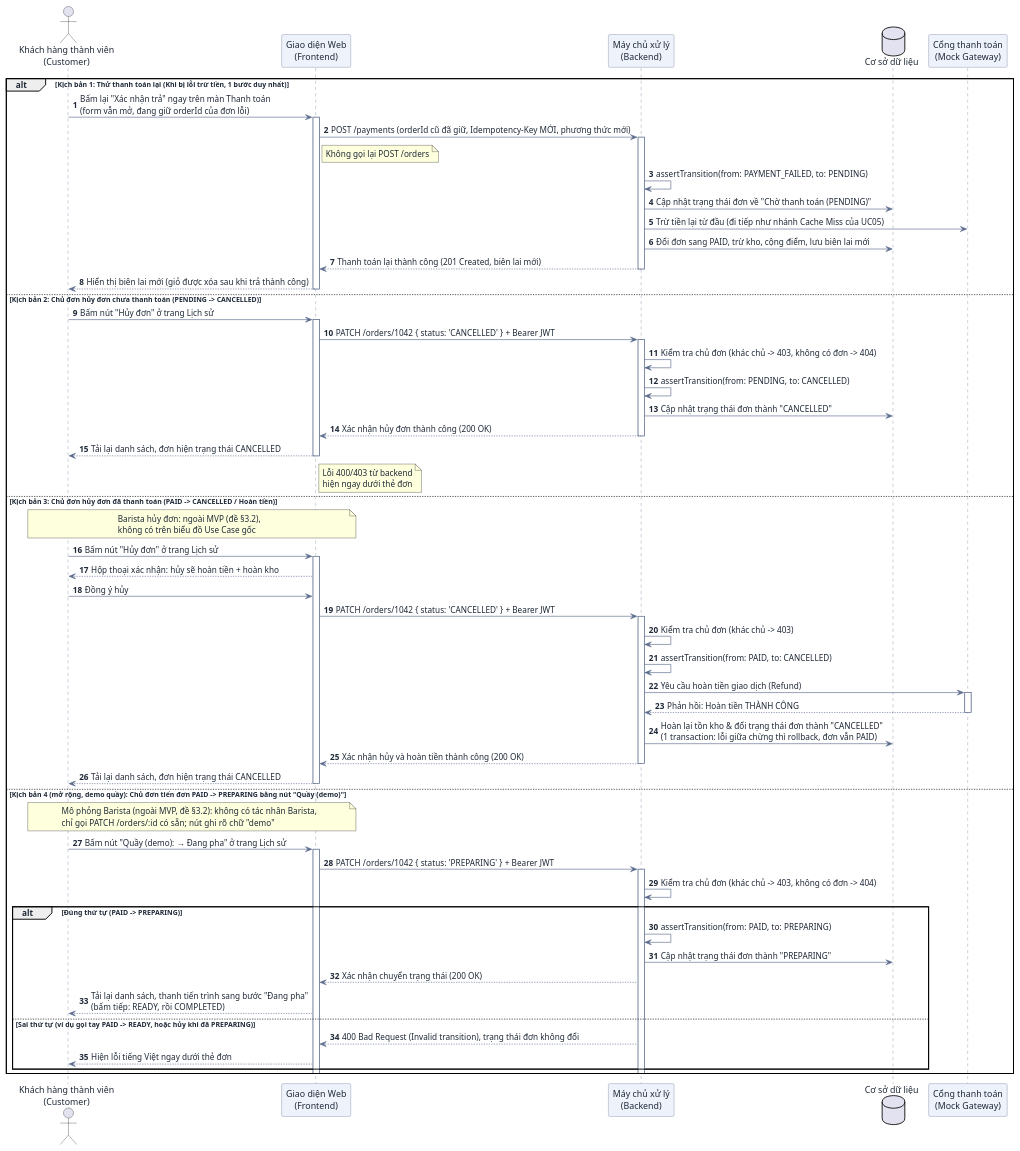
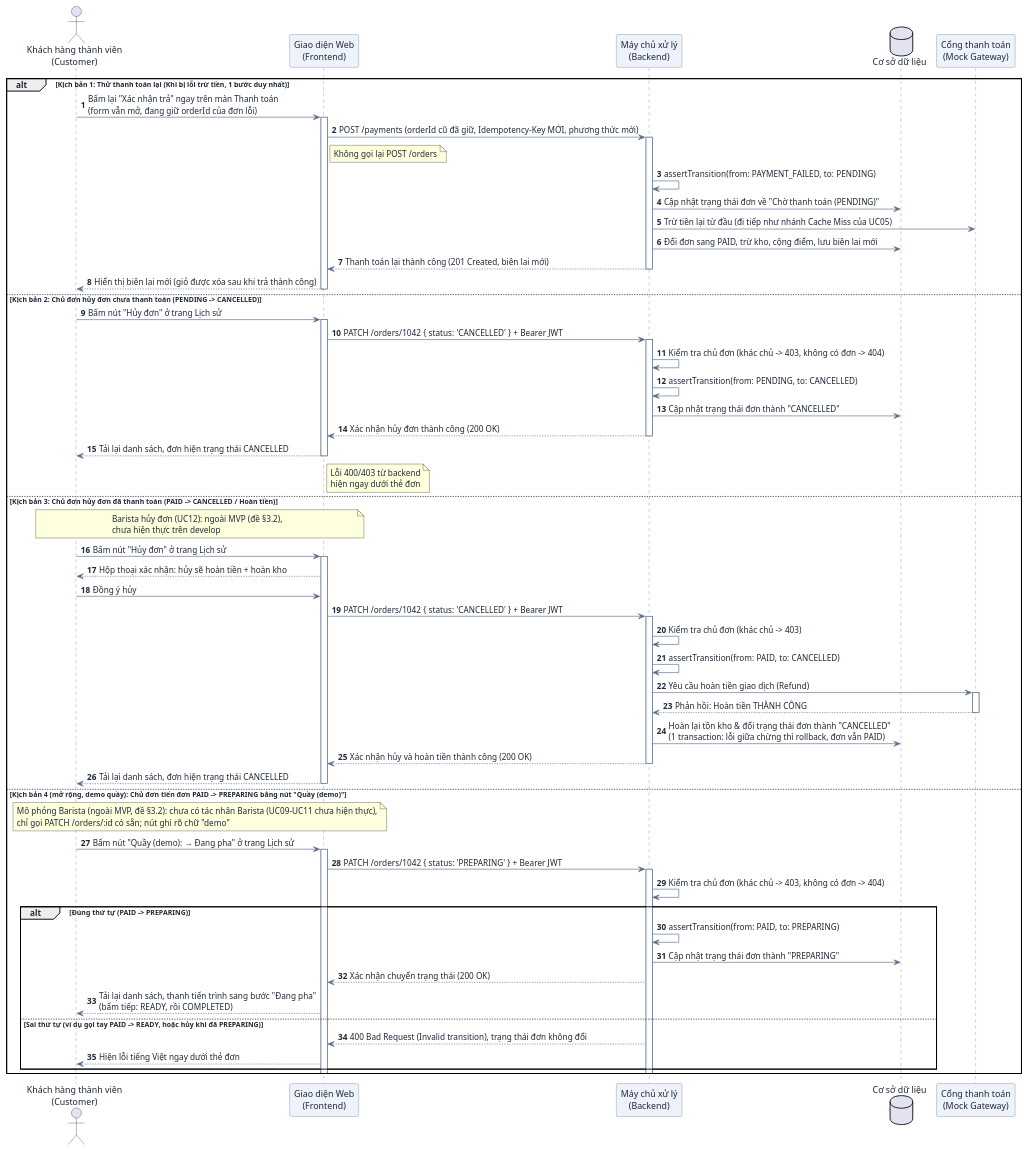
One commit to DuVinhLoi/BrewLite changed the fifth of 7 diagrams in docs/user-sequence-specifications.md. Above: the diagram before and after it, drawn with PlantUML. The commit also changed other lines of this file and 2 other files, not shown here.

Commit message:
docs: use-case 16 UC co cot Trang thai hien thuc; dong bo sequence va scrum-process ve pham vi Barista/Admin
- use-case-specifications: cot Trang thai cho 16 UC (UC08-UC12, UC14 chua hien thuc tren develop, dang lam o feat/barista-admin; UC13, UC15 backlog); nhan "mo rong ngoai MVP" cho 2 package; viet lai ghi chu pham vi; Ban 2 la phan trich tu Ban 1.
- user-sequence-specifications: bo cau "khong co tren bieu do Use Case goc" (3 cho).
- scrum-process: sua cau noi Barista/Admin da bi bo khoi bieu do Use Case.

```diff
--- a/docs/user-sequence-specifications.md
+++ b/docs/user-sequence-specifications.md
@@ -500,7 +500,7 @@
     deactivate FE
 
 else Kịch bản 3: Chủ đơn hủy đơn đã thanh toán (PAID -> CANCELLED / Hoàn tiền)
-    note over User, FE : Barista hủy đơn: ngoài MVP (đề §3.2),\nkhông có trên biểu đồ Use Case gốc
+    note over User, FE : Barista hủy đơn (UC12): ngoài MVP (đề §3.2),\nchưa hiện thực trên develop
     User -> FE : Bấm nút "Hủy đơn" ở trang Lịch sử
     activate FE
     FE --> User : Hộp thoại xác nhận: hủy sẽ hoàn tiền + hoàn kho
@@ -520,7 +520,7 @@
     deactivate FE
 
 else Kịch bản 4 (mở rộng, demo quầy): Chủ đơn tiến đơn PAID -> PREPARING bằng nút "Quầy (demo)"
-    note over User, FE : Mô phỏng Barista (ngoài MVP, đề §3.2): không có tác nhân Barista,\nchỉ gọi PATCH /orders/:id có sẵn; nút ghi rõ chữ "demo"
+    note over User, FE : Mô phỏng Barista (ngoài MVP, đề §3.2): chưa có tác nhân Barista (UC09–UC11 chưa hiện thực),\nchỉ gọi PATCH /orders/:id có sẵn; nút ghi rõ chữ "demo"
     User -> FE : Bấm nút "Quầy (demo): → Đang pha" ở trang Lịch sử
     activate FE
     FE -> BE : PATCH /orders/1042 { status: 'PREPARING' } + Bearer JWT
```
